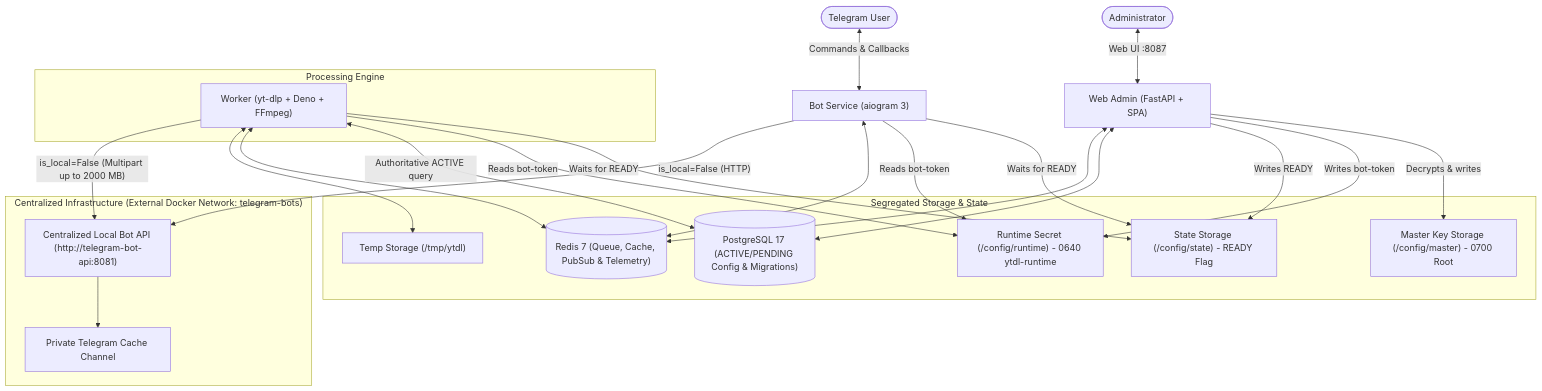
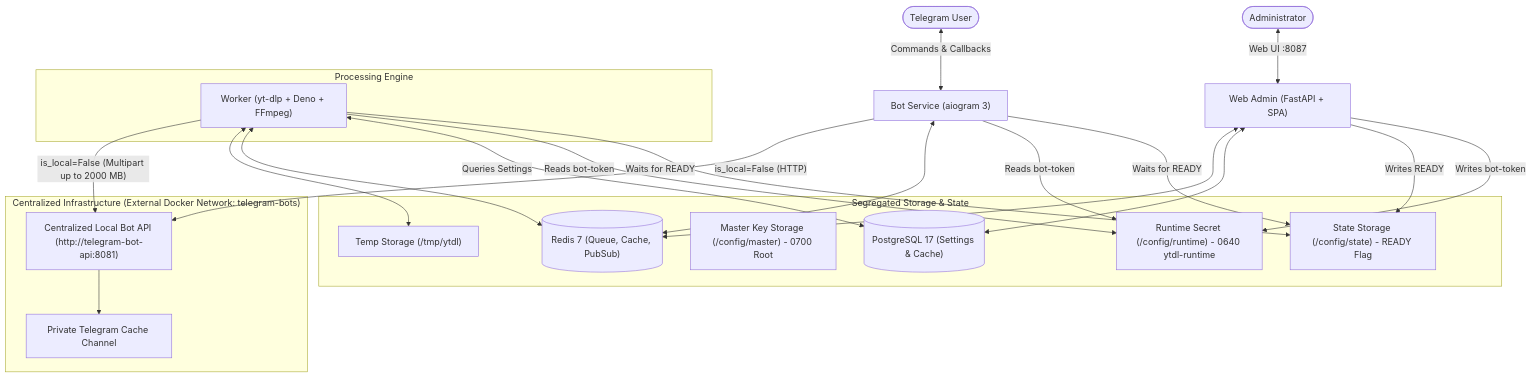
The diagram in README.md (musicOverdose/YoutubeOverdoseBot), drawn with Mermaid before and after one commit. The commit also changed other lines of this file and 5 other files, not shown here.

````diff
--- a/README.md
+++ b/README.md
@@ -146,42 +122,41 @@
 ```mermaid
 flowchart TD
     User(["Telegram User"]) <-->|"Commands & Callbacks"| Bot["Bot Service (aiogram 3)"]
     Admin(["Administrator"]) <-->|"Web UI :8087"| Web["Web Admin (FastAPI + SPA)"]
 
     subgraph Storage ["Segregated Storage & State"]
-        PG[("PostgreSQL 17 (ACTIVE/PENDING Config & Migrations)")]
-        Redis[("Redis 7 (Queue, Cache, PubSub & Telemetry)")]
+        PG[("PostgreSQL 17 (Settings & Cache)")]
+        Redis[("Redis 7 (Queue, Cache, PubSub)")]
         MasterKeyVol["Master Key Storage (/config/master) - 0700 Root"]
         RuntimeTokenVol["Runtime Secret (/config/runtime) - 0640 ytdl-runtime"]
         StateVol["State Storage (/config/state) - READY Flag"]
         TempVol["Temp Storage (/tmp/ytdl)"]
     end
 
     subgraph CentralizedInfrastructure ["Centralized Infrastructure (External Docker Network: telegram-bots)"]
         CentralizedBotAPI["Centralized Local Bot API (http://telegram-bot-api:8081)"]
         CacheChannel["Private Telegram Cache Channel"]
     end
 
     subgraph Processing ["Processing Engine"]
         Worker["Worker (yt-dlp + Deno + FFmpeg)"]
     end
 
-    Web -->|"Decrypts & writes"| MasterKeyVol
     Web -->|"Writes bot-token"| RuntimeTokenVol
     Web -->|"Writes READY"| StateVol
     Web <--> PG
     Web <--> Redis
 
     Bot -->|"Waits for READY"| StateVol
     Bot -->|"Reads bot-token"| RuntimeTokenVol
     Bot <--> Redis
     Bot -->|"is_local=False (HTTP)"| CentralizedBotAPI
 
     Worker -->|"Waits for READY"| StateVol
     Worker -->|"Reads bot-token"| RuntimeTokenVol
-    Worker <-->|"Authoritative ACTIVE query"| PG
+    Worker <-->|"Queries Settings"| PG
     Worker <--> Redis
     Worker <--> TempVol
     Worker -->|"is_local=False (Multipart up to 2000 MB)"| CentralizedBotAPI
     CentralizedBotAPI --> CacheChannel
 ```
````
